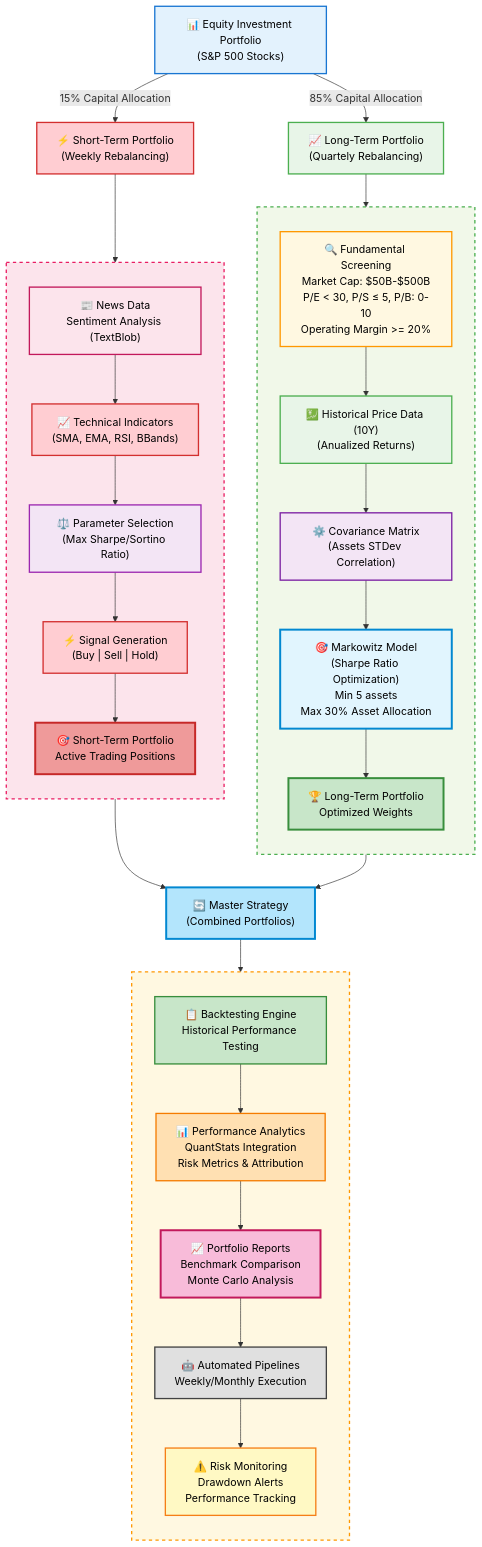
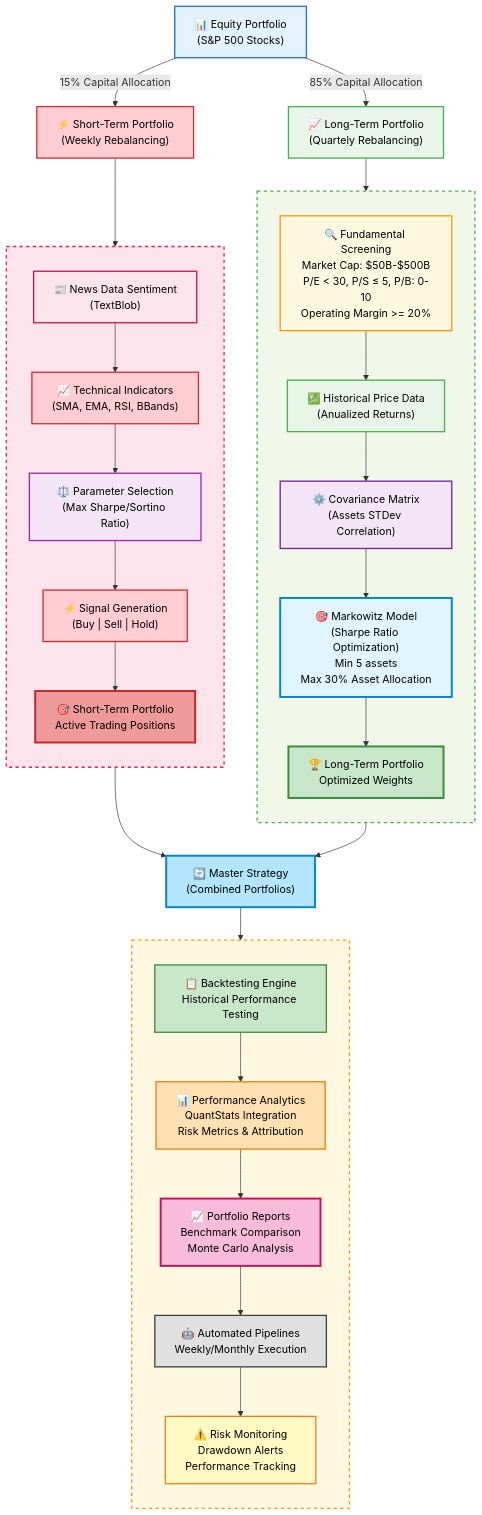
Before and after one commit to renan-peres/mfin-algo-trading-team: the diagram in README.md, drawn with Mermaid.

Commit message:
Mermaid Diagram Update

````diff
--- a/README.md
+++ b/README.md
@@ -66,7 +66,7 @@
 ```mermaid
 flowchart TB
     %% Data Sources
-    DS["📊 Equity Investment Portfolio<br/>(S&P 500 Stocks)"]
+    DS["📊 Equity Portfolio<br/>(S&P 500 Stocks)"]
     
     %% Strategy Split
     DS -->|85% Capital Allocation| LTS["📈 Long-Term Portfolio<br/>(Quartely Rebalancing)"]
@@ -74,13 +74,13 @@
     
     %% Long-Term Strategy Branch
     LTS --> FS[🔍 Fundamental Screening<br/>Market Cap: $50B-$500B<br/>P/E < 30, P/S ≤ 5, P/B: 0-10<br/>Operating Margin >= 20%]
-    FS --> HD["💹 Historical Price Data (10Y)<br/>(Anualized Returns)"]
+    FS --> HD["💹 Historical Price Data<br/>(Anualized Returns)"]
     HD --> CM["⚙️ Covariance Matrix<br/>(Assets STDev Correlation)"]
     CM --> MPT["🎯 Markowitz Model<br/>(Sharpe Ratio Optimization)"<br/>Min 5 assets<br/>Max 30% Asset Allocation]
     MPT --> LTP[🏆 Long-Term Portfolio<br/>Optimized Weights]
     
     %% Short-Term Strategy Branch
-    STS --> ND["📰 News Data<br/>Sentiment Analysis (TextBlob)"]
+    STS --> ND["📰 News Data Sentiment<br/>(TextBlob)"]
     ND --> TI["📈 Technical Indicators<br/>(SMA, EMA, RSI, BBands)"]
     TI --> SG["⚖️ Parameter Selection<br/>(Max Sharpe/Sortino Ratio)"]
     SG --> PS2["⚡ Signal Generation<br/>(Buy | Sell | Hold)"]
````
